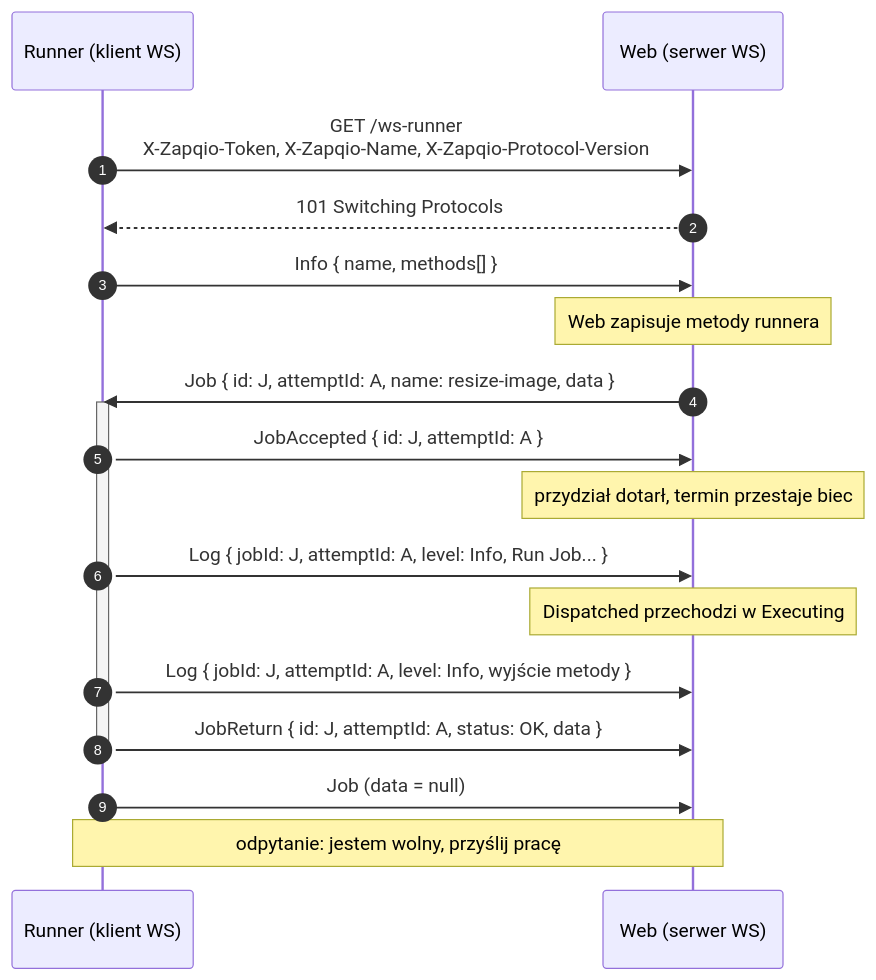
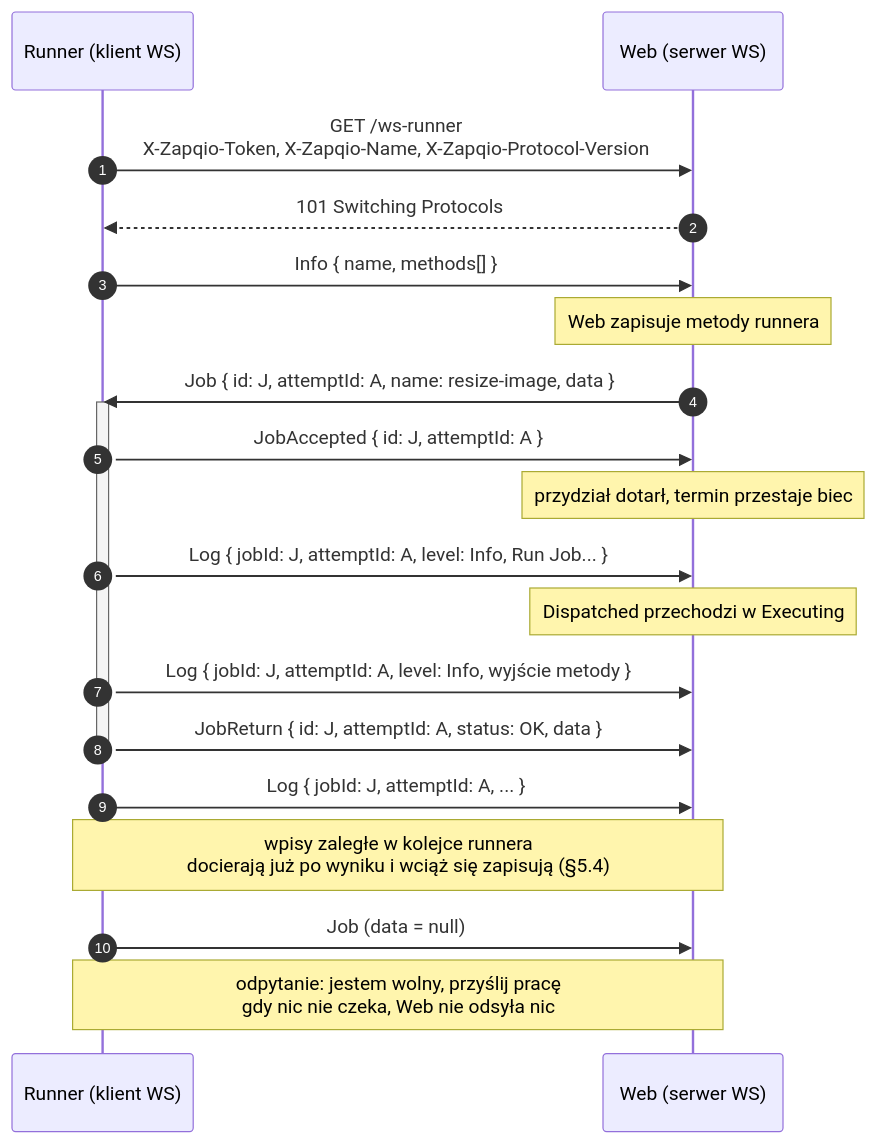
One commit to zapqio/protocol changed the third of 3 diagrams in PROTOCOL.md. Above: the diagram before and after it, drawn with Mermaid. The commit also changed other lines of this file and 3 other files, not shown here.

````diff
--- a/PROTOCOL.md
+++ b/PROTOCOL.md
@@ -382,23 +491,25 @@
 ```mermaid
 sequenceDiagram
     autonumber
     participant R as Runner (klient WS)
     participant W as Web (serwer WS)
 
     R->>W: GET /ws-runner<br/>X-Zapqio-Token, X-Zapqio-Name, X-Zapqio-Protocol-Version
     W-->>R: 101 Switching Protocols
     R->>W: Info { name, methods[] }
     Note over W: Web zapisuje metody runnera
 
     W->>R: Job { id: J, attemptId: A, name: resize-image, data }
     activate R
     R->>W: JobAccepted { id: J, attemptId: A }
     Note over W: przydział dotarł, termin przestaje biec
     R->>W: Log { jobId: J, attemptId: A, level: Info, Run Job... }
     Note over W: Dispatched przechodzi w Executing
     R->>W: Log { jobId: J, attemptId: A, level: Info, wyjście metody }
     R->>W: JobReturn { id: J, attemptId: A, status: OK, data }
     deactivate R
+    R->>W: Log { jobId: J, attemptId: A, ... }
+    Note over R,W: wpisy zaległe w kolejce runnera<br/>docierają już po wyniku i wciąż się zapisują (§5.4)
     R->>W: Job (data = null)
-    Note over R,W: odpytanie: jestem wolny, przyślij pracę
+    Note over R,W: odpytanie: jestem wolny, przyślij pracę<br/>gdy nic nie czeka, Web nie odsyła nic
 ```
````
